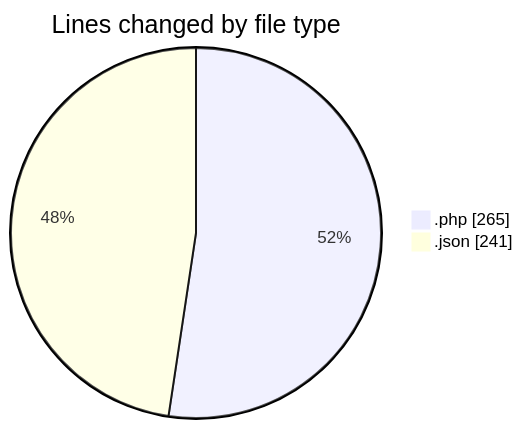
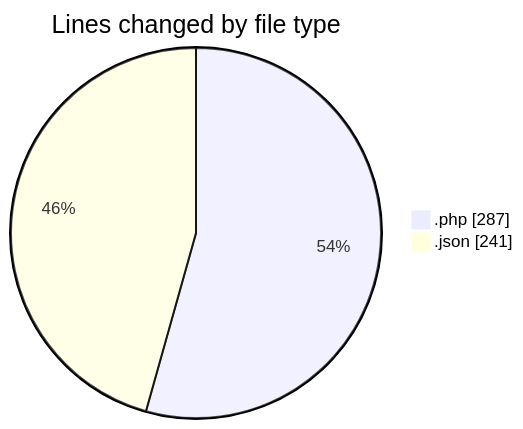
The first of 2 diagrams in 2025-03-28/autodidak/README.md (idhammustaqopulfikri/code-tracking), drawn with Mermaid before and after one commit. The commit also changed other lines of this file and 1 other file, not shown here.

````diff
--- a/2025-03-28/autodidak/README.md
+++ b/2025-03-28/autodidak/README.md
@@ -23,6 +23,6 @@
 ```mermaid
 pie showData
 title Lines changed by file type
-".php" : 265
+".php" : 287
 ".json" : 241
 ```
````
